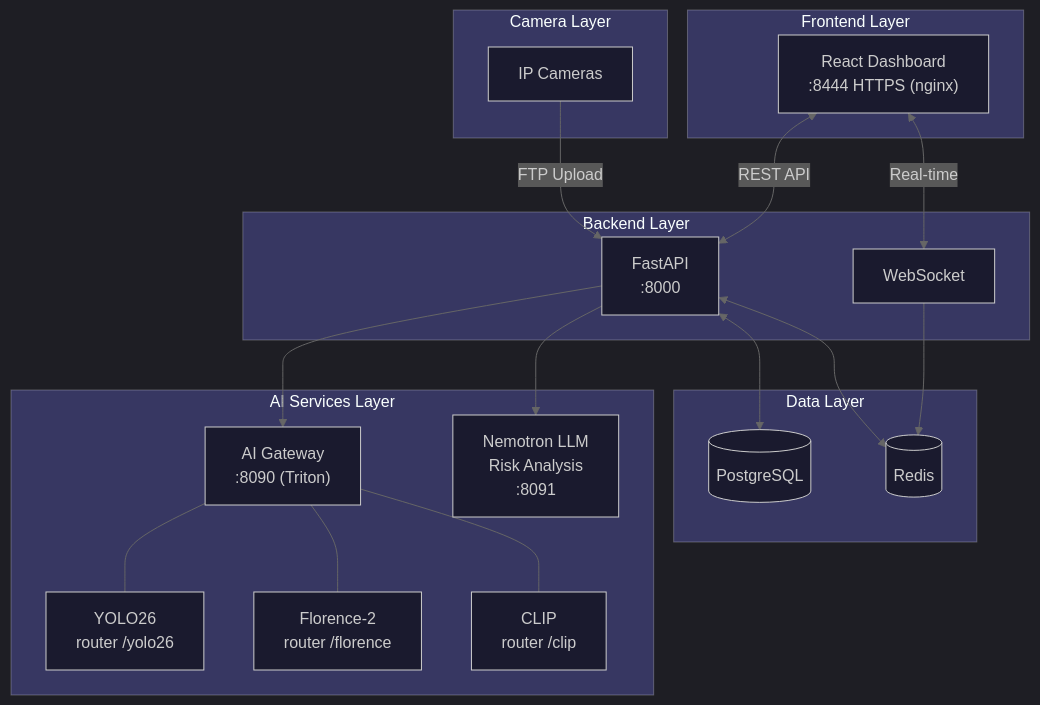
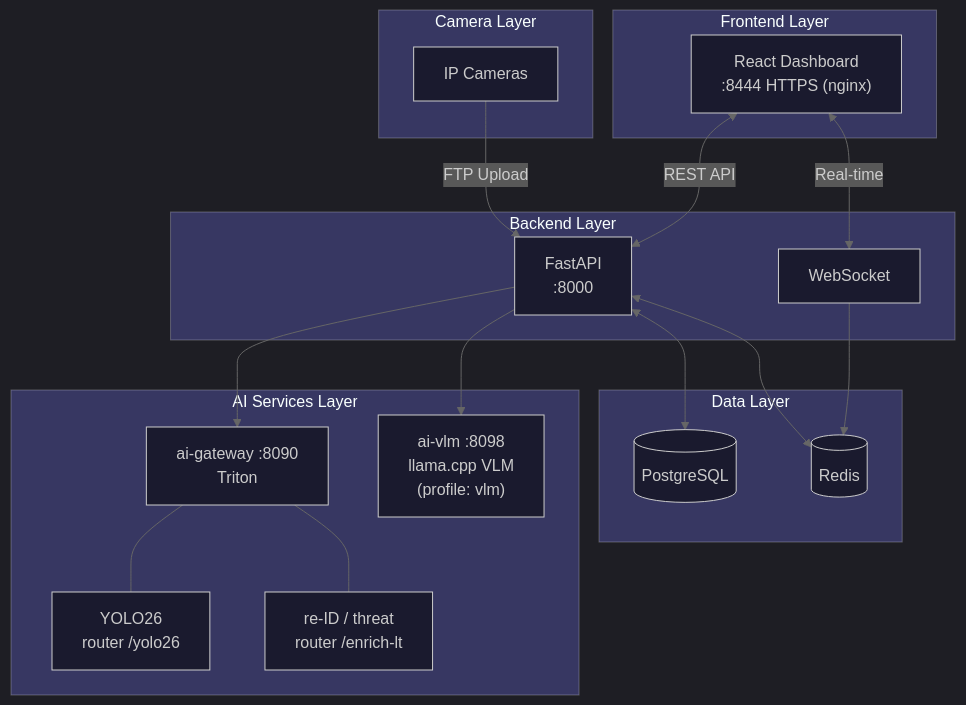
Before and after one commit to mikesvoboda/nemotron-v3-home-security-intelligence: the diagram in docs/README.md, drawn with Mermaid. The commit also changed other lines of this file and 231 other files, not shown here.

````diff
--- a/docs/README.md
+++ b/docs/README.md
@@ -9,53 +9,51 @@
 ```mermaid
 %%{init: {
   'theme': 'dark',
   'themeVariables': {
     'primaryColor': '#3B82F6',
     'primaryTextColor': '#FFFFFF',
     'primaryBorderColor': '#60A5FA',
     'secondaryColor': '#A855F7',
     'tertiaryColor': '#009688',
     'background': '#121212',
     'mainBkg': '#1a1a2e',
     'lineColor': '#666666'
   }
 }}%%
 flowchart TB
     subgraph Cameras["Camera Layer"]
         CAM[IP Cameras]
     end
 
     subgraph Frontend["Frontend Layer"]
         UI["React Dashboard<br/>:8444 HTTPS (nginx)"]
     end
 
     subgraph Backend["Backend Layer"]
         API["FastAPI<br/>:8000"]
         WS["WebSocket"]
     end
 
     subgraph AI["AI Services Layer"]
-        GW["AI Gateway<br/>:8090 (Triton)"]
+        GW["ai-gateway :8090<br/>Triton"]
         YOLO["YOLO26<br/>router /yolo26"]
-        FLO["Florence-2<br/>router /florence"]
-        CLIP["CLIP<br/>router /clip"]
-        NEM["Nemotron LLM<br/>Risk Analysis<br/>:8091"]
+        LT["re-ID / threat<br/>router /enrich-lt"]
+        VLM["ai-vlm :8098<br/>llama.cpp VLM<br/>(profile: vlm)"]
     end
 
     subgraph Data["Data Layer"]
         DB[(PostgreSQL)]
         REDIS[(Redis)]
     end
 
     CAM -->|FTP Upload| API
     UI <-->|REST API| API
     UI <-->|Real-time| WS
     API --> GW
+    API --> VLM
     GW --- YOLO
-    GW --- FLO
-    GW --- CLIP
-    API --> NEM
+    GW --- LT
     API <--> DB
     API <--> REDIS
     WS --> REDIS
 ```
````
